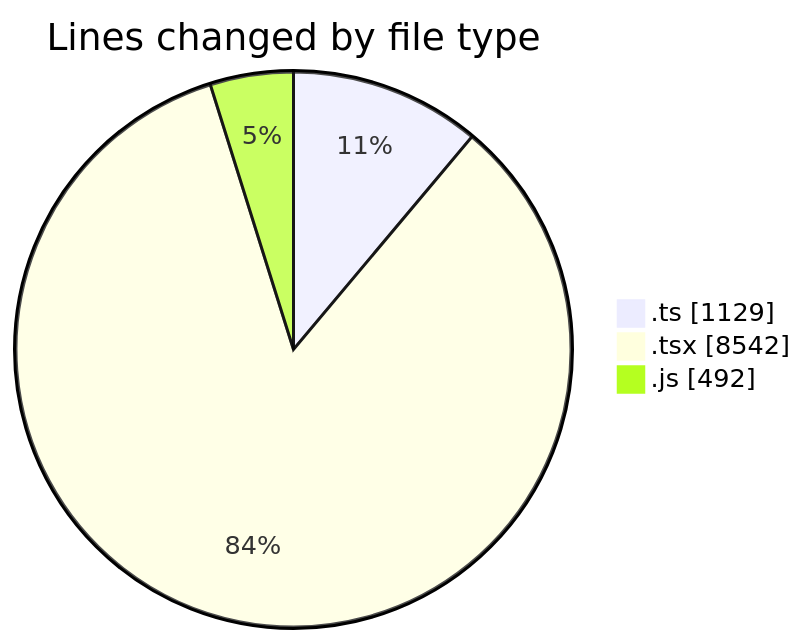
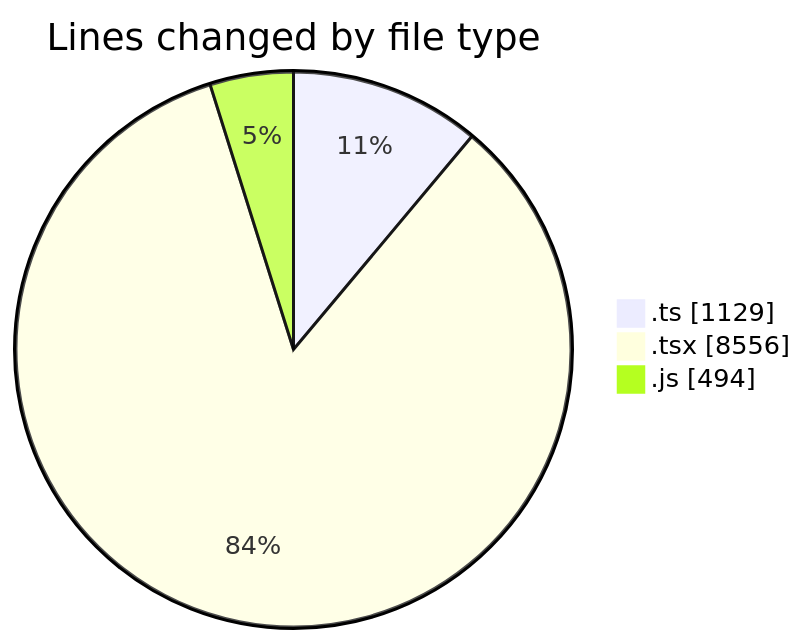
One commit to momahboobian/code-tracking changed the first of 2 diagrams in 2025-09-02/cda/README.md. Above: the diagram before and after it, drawn with Mermaid. The commit also changed other lines of this file and 1 other file, not shown here.

````diff
--- a/2025-09-02/cda/README.md
+++ b/2025-09-02/cda/README.md
@@ -31,7 +31,7 @@
 ```mermaid
 pie showData
 title Lines changed by file type
 ".ts" : 1129
-".tsx" : 8542
-".js" : 492
+".tsx" : 8556
+".js" : 494
 ```
````
